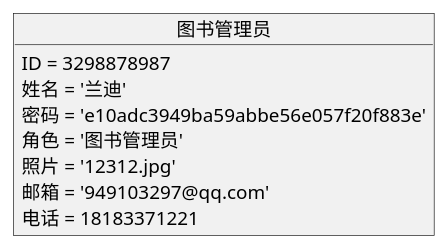
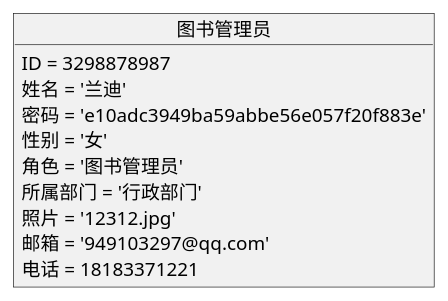
Before and after one commit to Landy7/is_analysis: the diagram in test3/object2.md, drawn with PlantUML. The commit also changed 6 other files, not shown here.

```diff
--- a/test3/object2.md
+++ b/test3/object2.md
@@ -1,11 +1,13 @@
 @startuml
 object 图书管理员{
     ID = 3298878987
     姓名 = '兰迪'
     密码 = 'e10adc3949ba59abbe56e057f20f883e'
+    性别 = '女'
     角色 = '图书管理员'
+    所属部门 = '行政部门'
     照片 = '12312.jpg'
     邮箱 = '949103297@qq.com'
     电话 = 18183371221
 }
 @enduml
```
